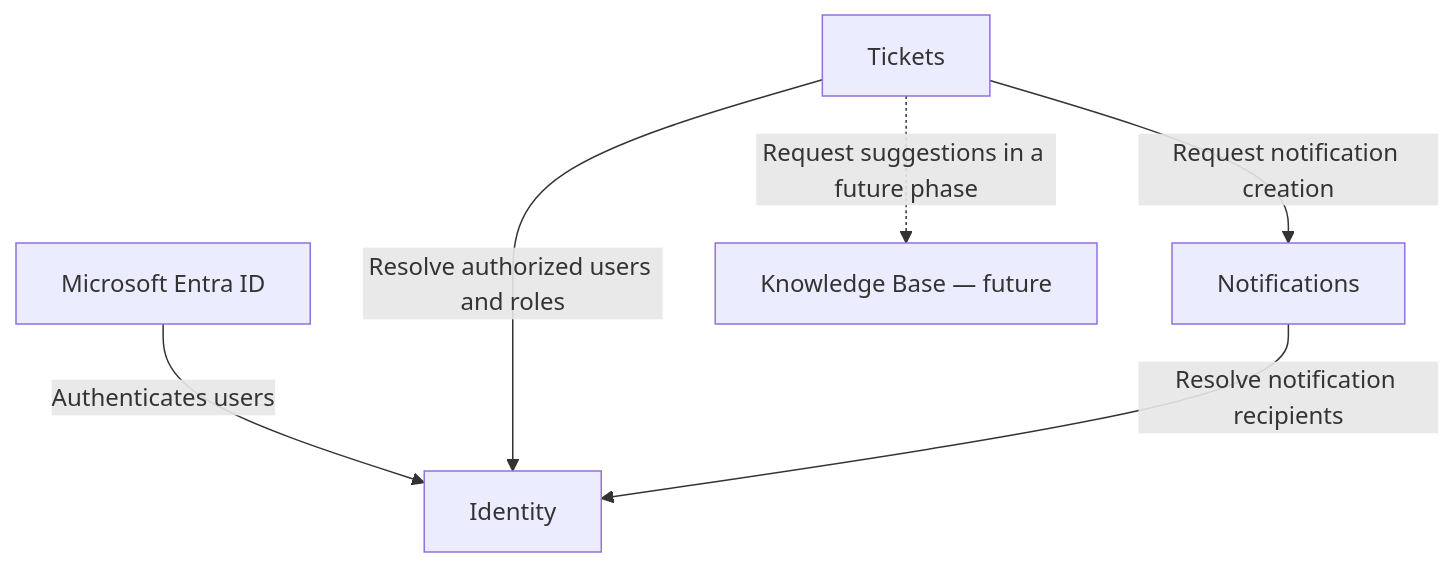
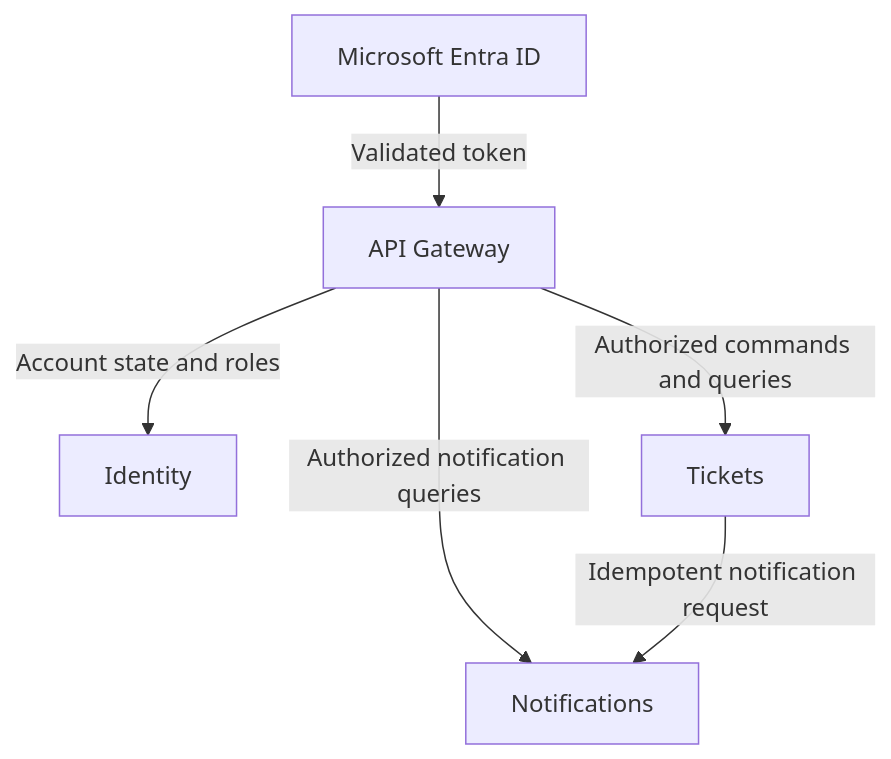
The diagram in docs/DOMAIN_BOUNDARIES.md (LuisiitoDev/nexus-ai-support-lite), drawn with Mermaid before and after one commit. The commit also changed other lines of this file, not shown here.

````diff
--- a/docs/DOMAIN_BOUNDARIES.md
+++ b/docs/DOMAIN_BOUNDARIES.md
@@ -29,14 +27,14 @@
 ```mermaid
 flowchart TB
     Entra["Microsoft Entra ID"]
+    Gateway["API Gateway"]
     Identity["Identity"]
     Tickets["Tickets"]
     Notifications["Notifications"]
-    Knowledge["Knowledge Base — future"]
 
-    Entra -->|"Authenticates users"| Identity
-    Tickets -->|"Resolve authorized users and roles"| Identity
-    Notifications -->|"Resolve notification recipients"| Identity
-    Tickets -->|"Request notification creation"| Notifications
-    Tickets -.->|"Request suggestions in a future phase"| Knowledge
+    Entra -->|"Validated token"| Gateway
+    Gateway -->|"Account state and roles"| Identity
+    Gateway -->|"Authorized commands and queries"| Tickets
+    Gateway -->|"Authorized notification queries"| Notifications
+    Tickets -->|"Idempotent notification request"| Notifications
 ```
````
